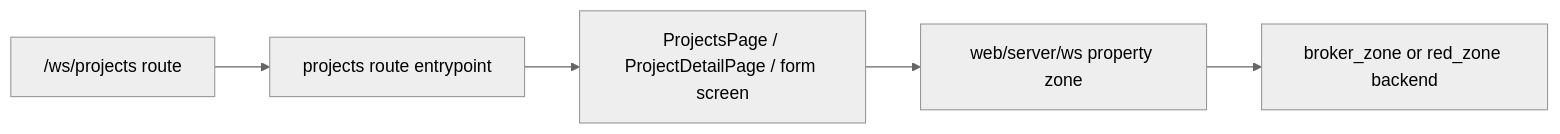
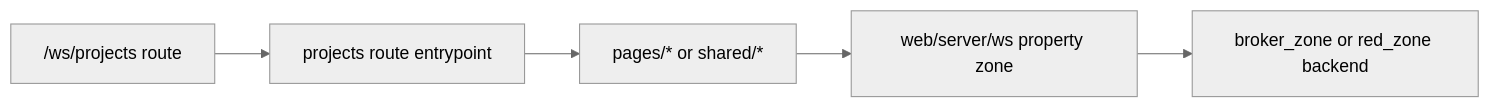
Before and after one commit to Up-to-code/anan-ai: the diagram in apps/web/app/(ws)/ws/(zones)/projects/README.md, drawn with Mermaid (neutral theme). The commit also changed other lines of this file and 223 other files, not shown here.

Commit message:
Normalize workspace zone architecture

````diff
--- a/apps/web/app/(ws)/ws/(zones)/projects/README.md
+++ b/apps/web/app/(ws)/ws/(zones)/projects/README.md
@@ -17,7 +18,7 @@
 ```mermaid
 flowchart LR
   A["/ws/projects route"] --> B["projects route entrypoint"]
-  B --> C["ProjectsPage / ProjectDetailPage / form screen"]
+  B --> C["pages/* or shared/*"]
   C --> D["web/server/ws property zone"]
   D --> E["broker_zone or red_zone backend"]
 ```
````
